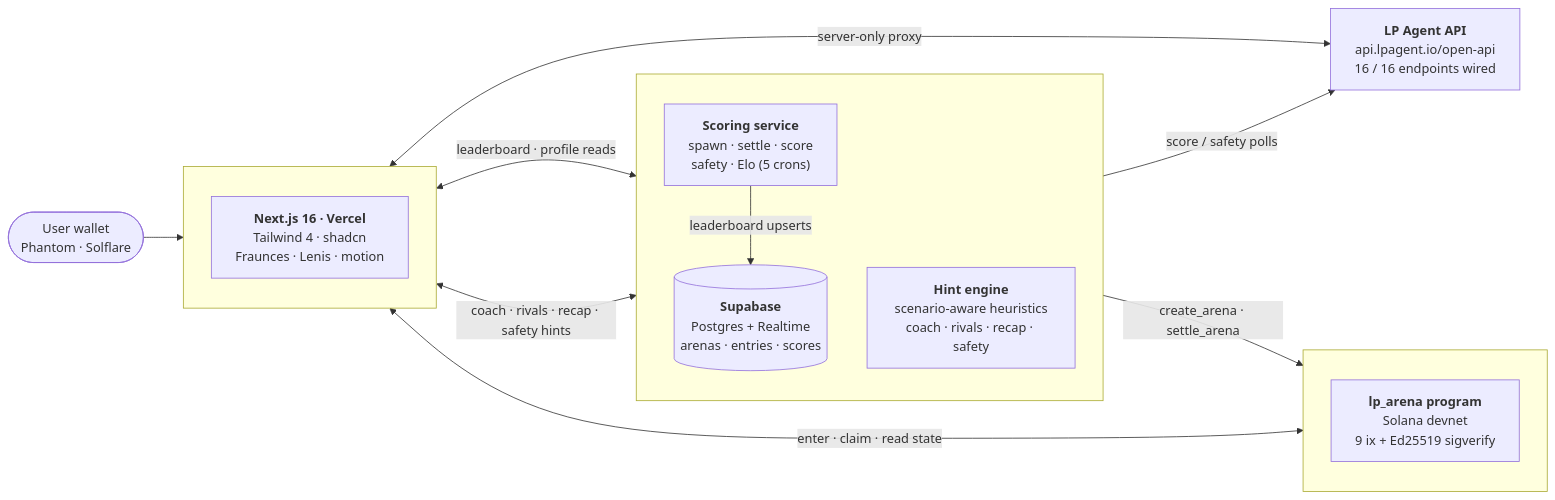
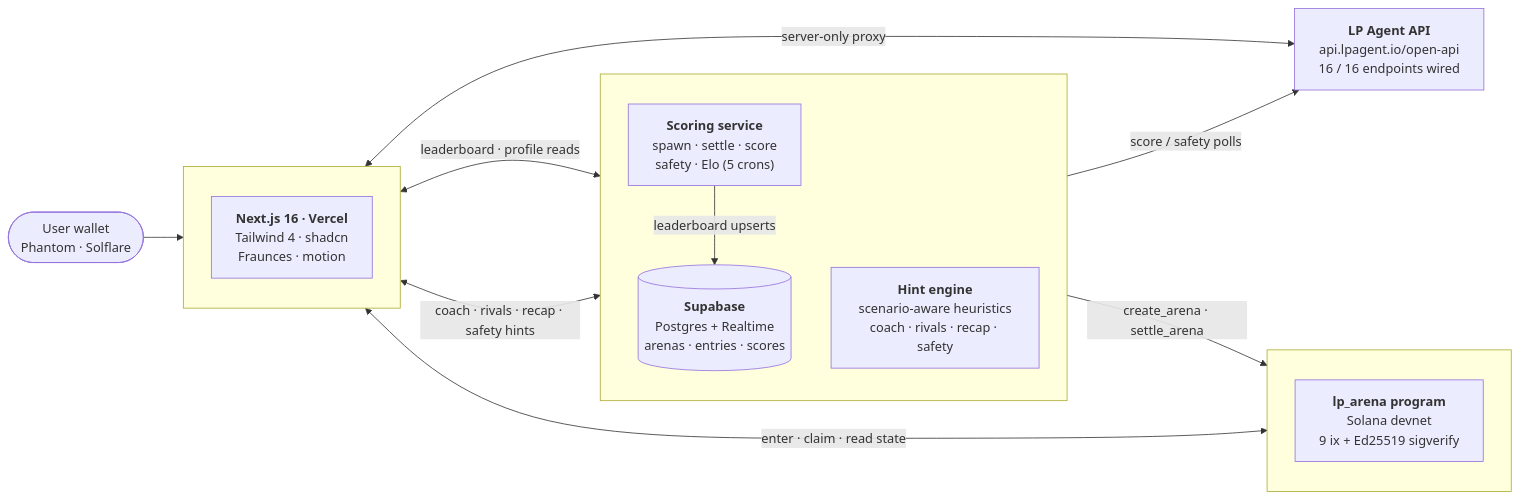
One commit to lilacchio/lptrack changed the diagram in README.md. Above: the diagram before and after it, drawn with Mermaid. The commit also changed other lines of this file and 4 other files, not shown here.

````diff
--- a/README.md
+++ b/README.md
@@ -31,32 +31,32 @@
 ```mermaid
 flowchart LR
     U([User wallet<br/>Phantom · Solflare]) --> N
 
     subgraph Edge[" "]
       direction TB
-      N["<b>Next.js 16 · Vercel</b><br/>Tailwind 4 · shadcn<br/>Fraunces · Lenis · motion"]
+      N["<b>Next.js 16 · Vercel</b><br/>Tailwind 4 · shadcn<br/>Fraunces · motion"]
     end
 
     subgraph Chain[" "]
       direction TB
       P["<b>lp_arena program</b><br/>Solana devnet<br/>9 ix + Ed25519 sigverify"]
     end
 
     subgraph Cloud[" "]
       direction TB
       DB[("<b>Supabase</b><br/>Postgres + Realtime<br/>arenas · entries · scores")]
       S["<b>Scoring service</b><br/>spawn · settle · score<br/>safety · Elo (5 crons)"]
       AI["<b>Hint engine</b><br/>scenario-aware heuristics<br/>coach · rivals · recap · safety"]
     end
 
     LPA["<b>LP Agent API</b><br/>api.lpagent.io/open-api<br/>16 / 16 endpoints wired"]
 
     N <-->|enter · claim · read state| P
     N <-->|leaderboard · profile reads| DB
     N <-->|server-only proxy| LPA
     N <-->|coach · rivals · recap · safety hints| AI
 
     S -->|leaderboard upserts| DB
     S -->|create_arena · settle_arena| P
     S -->|score / safety polls| LPA
 ```
````
